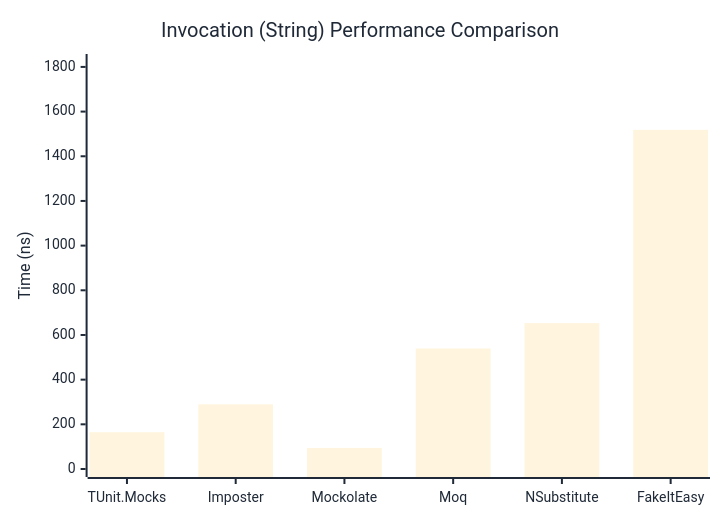
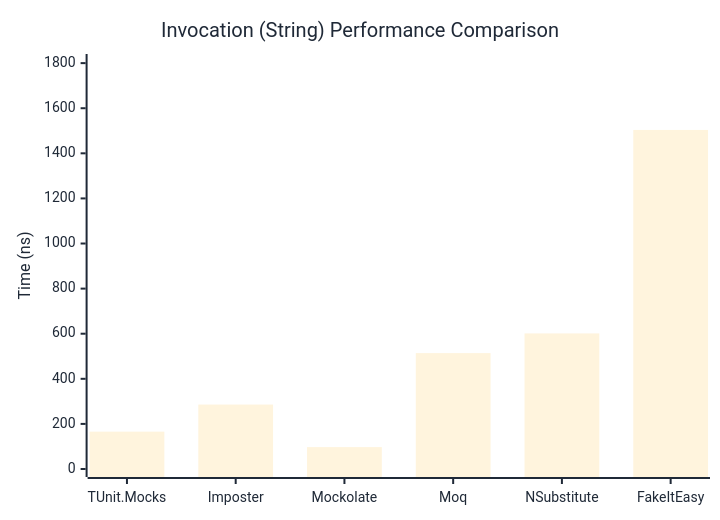
One commit to thomhurst/TUnit changed the second of 3 diagrams in docs/docs/benchmarks/mocks/Invocation.md. Above: the diagram before and after it, drawn with Mermaid. The commit also changed other lines of this file and 14 other files, not shown here.

````diff
--- a/docs/docs/benchmarks/mocks/Invocation.md
+++ b/docs/docs/benchmarks/mocks/Invocation.md
@@ -71,27 +71,27 @@
 ```mermaid
 %%{init: {
   'theme':'base',
   'themeVariables': {
     'primaryColor': '#2563eb',
     'primaryTextColor': '#1f2937',
     'primaryBorderColor': '#1e40af',
     'lineColor': '#6b7280',
     'secondaryColor': '#7c3aed',
     'tertiaryColor': '#dc2626',
     'background': '#ffffff',
     'pie1': '#2563eb',
     'pie2': '#7c3aed',
     'pie3': '#dc2626',
     'pie4': '#f59e0b',
     'pie5': '#10b981',
     'pie6': '#06b6d4',
     'pie7': '#ec4899',
     'pie8': '#6366f1'
   }
 }}%%
 xychart-beta
   title "Invocation (String) Performance Comparison"
   x-axis ["TUnit.Mocks", "Imposter", "Mockolate", "Moq", "NSubstitute", "FakeItEasy"]
-  y-axis "Time (ns)" 0 --> 1822
-  bar [164.6, 289.32, 94.23, 539.45, 653.06, 1518.09]
+  y-axis "Time (ns)" 0 --> 1805
+  bar [165.63, 285.75, 97.13, 514.02, 601.32, 1503.7]
 ```
````
